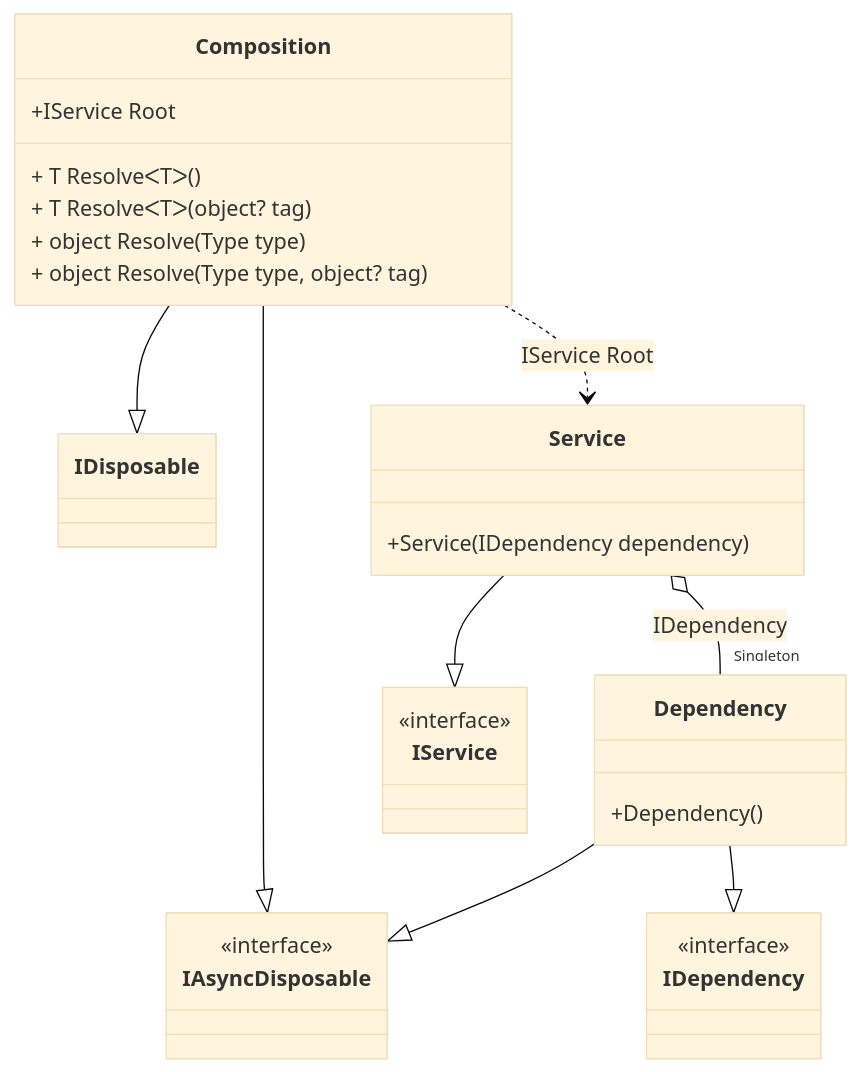
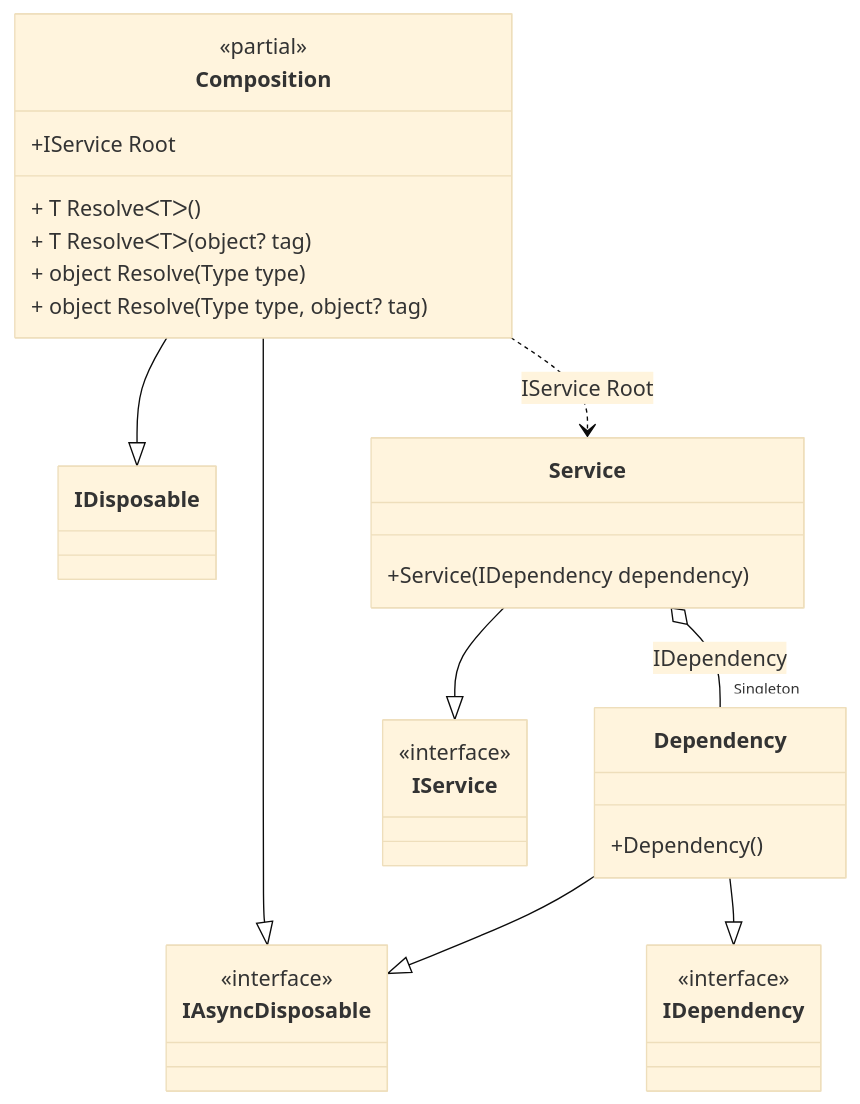
Before and after one commit to DevTeam/Pure.DI: the diagram in readme/async-disposable-singleton.md, drawn with Mermaid (base theme). The commit also changed 74 other files, not shown here.

Commit message:
Improved class diagram

````diff
--- a/readme/async-disposable-singleton.md
+++ b/readme/async-disposable-singleton.md
@@ -51,32 +51,33 @@
 ```mermaid
 classDiagram
 	class Composition {
+		<<partial>>
 		+IService Root
 		+ T ResolveᐸTᐳ()
 		+ T ResolveᐸTᐳ(object? tag)
 		+ object Resolve(Type type)
 		+ object Resolve(Type type, object? tag)
 	}
 	Composition --|> IDisposable
 	Composition --|> IAsyncDisposable
 	Dependency --|> IDependency : 
 	Dependency --|> IAsyncDisposable : 
 	class Dependency {
 		+Dependency()
 	}
 	Service --|> IService : 
 	class Service {
 		+Service(IDependency dependency)
 	}
 	class IDependency {
 		<<interface>>
 	}
 	class IAsyncDisposable {
 		<<interface>>
 	}
 	class IService {
 		<<interface>>
 	}
-	Service o--  "Singleton" Dependency : IDependency
+	Service o-- "Singleton" Dependency : IDependency
 	Composition ..> Service : IService Root
 ```
````
